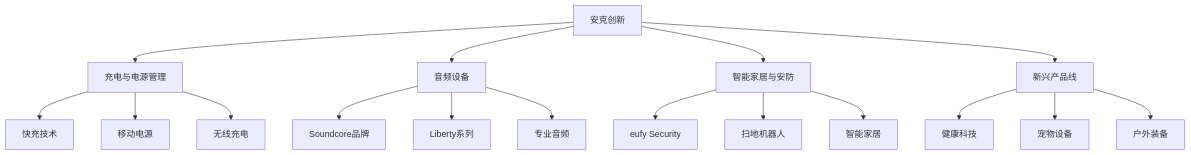
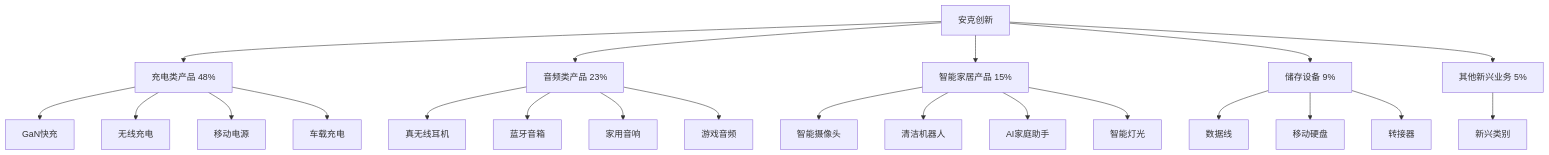
The diagram in src/site/notes/知识共享/跨境行业相关上市公司最新解读/2-跨境品牌出海/2025Q1_安克创新分析.md (amcoimg/my-digital-garden), drawn with Mermaid before and after one commit. The commit also changed other lines of this file and 10 other files, not shown here.

````diff
--- a/src/site/notes/知识共享/跨境行业相关上市公司最新解读/2-跨境品牌出海/2025Q1_安克创新分析.md
+++ b/src/site/notes/知识共享/跨境行业相关上市公司最新解读/2-跨境品牌出海/2025Q1_安克创新分析.md
@@ -73,23 +60,24 @@
 ```mermaid
 graph TD
-    A[安克创新] --> B[充电与电源管理]
-    A --> C[音频设备]
-    A --> D[智能家居与安防]
-    A --> E[新兴产品线]
-    
-    B --> B1[快充技术]
-    B --> B2[移动电源]
-    B --> B3[无线充电]
-    
-    C --> C1[Soundcore品牌]
-    C --> C2[Liberty系列]
-    C --> C3[专业音频]
-    
-    D --> D1[eufy Security]
-    D --> D2[扫地机器人]
-    D --> D3[智能家居]
-    
-    E --> E1[健康科技]
-    E --> E2[宠物设备]
-    E --> E3[户外装备]
+    A[安克创新] --> B[充电类产品 48%]
+    A --> C[音频类产品 23%]
+    A --> D[智能家居产品 15%]
+    A --> E[储存设备 9%]
+    A --> F[其他新兴业务 5%]
+    B --> G[GaN快充]
+    B --> H[无线充电]
+    B --> I[移动电源]
+    B --> J[车载充电]
+    C --> K[真无线耳机]
+    C --> L[蓝牙音箱]
+    C --> M[家用音响]
+    C --> N[游戏音频]
+    D --> O[智能摄像头]
+    D --> P[清洁机器人]
+    D --> Q[AI家庭助手]
+    D --> R[智能灯光]
+    E --> S[数据线]
+    E --> T[移动硬盘]
+    E --> U[转接器]
+    F --> V[新兴类别]
 ```
````
